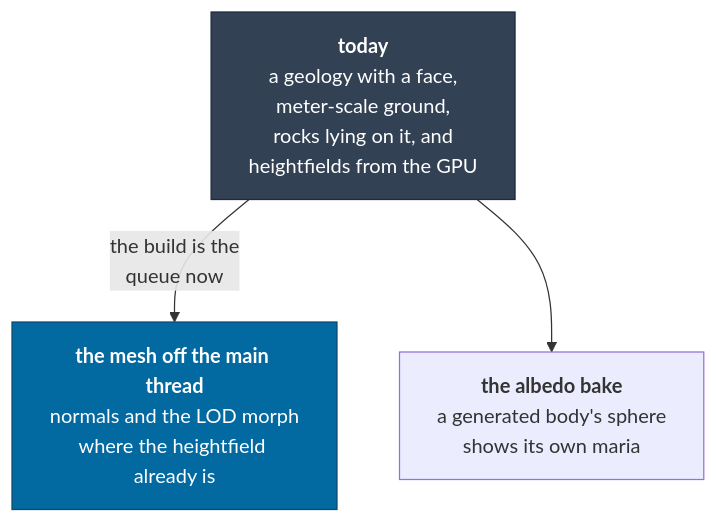
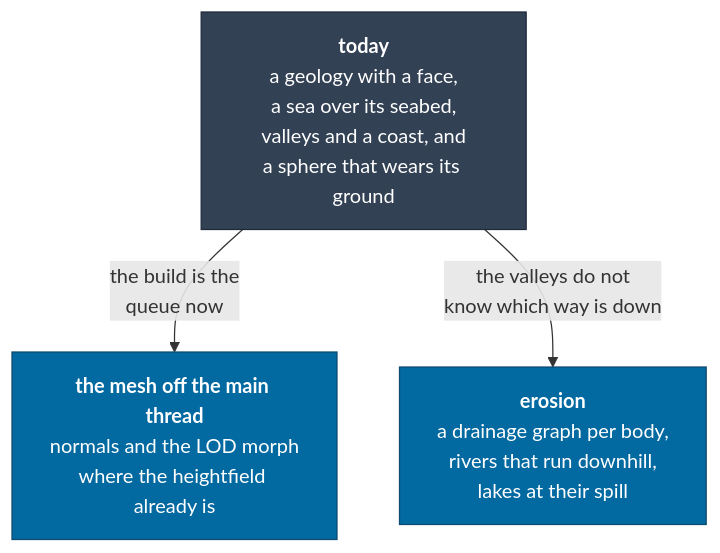
Before and after one commit to jonjaques/inertialref: the second of 3 diagrams in docs/roadmap.md, drawn with Mermaid. The commit also changed other lines of this file and 66 other files, not shown here.

First line of the commit message:
The liquid arrives: seas over their seabeds, valleys, coasts, and a sphere that wears its ground (#48)

````diff
--- a/docs/roadmap.md
+++ b/docs/roadmap.md
@@ -114,12 +115,13 @@
 ```mermaid
 flowchart TB
-    NOW["<b>today</b><br/>a geology with a face,<br/>meter-scale ground,<br/>rocks lying on it, and<br/>heightfields from the GPU"]
+    NOW["<b>today</b><br/>a geology with a face,<br/>a sea over its seabed,<br/>valleys and a coast, and<br/>a sphere that wears its ground"]
     F["<b>the mesh off the main thread</b><br/>normals and the LOD morph<br/>where the heightfield already is"]
-    D["<b>the albedo bake</b><br/>a generated body's sphere<br/>shows its own maria"]
+    E["<b>erosion</b><br/>a drainage graph per body,<br/>rivers that run downhill,<br/>lakes at their spill"]
 
     NOW -->|"the build is the<br/>queue now"| F
-    NOW --> D
+    NOW -->|"the valleys do not<br/>know which way is down"| E
 
     style NOW fill:#334155,stroke:#1e293b,color:#fff
     style F fill:#0369a1,stroke:#0c4a6e,color:#fff
+    style E fill:#0369a1,stroke:#0c4a6e,color:#fff
 ```
````
